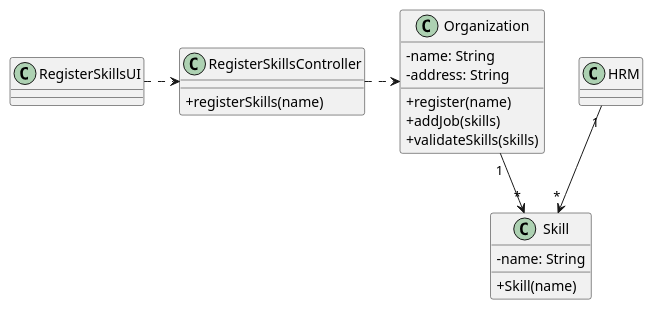
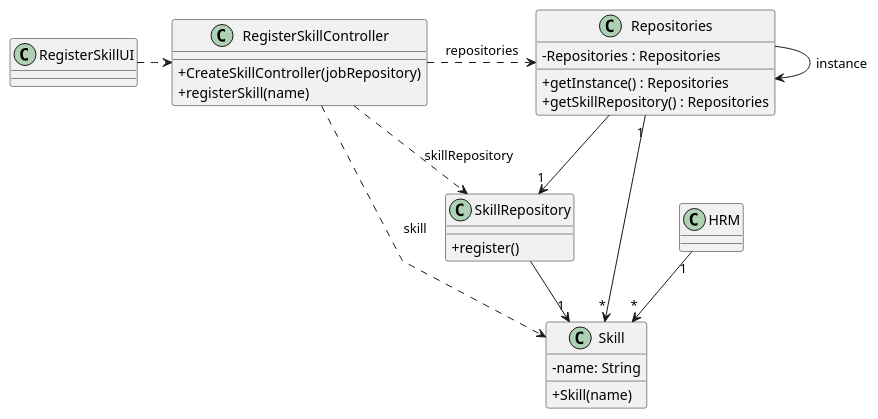
Before and after one commit to diogoveirospro/lei-24-s2-1dg-g072: the diagram in docs/sprintB/us001/03.design/puml/us001-class-diagram.puml, drawn with PlantUML. The commit also changed 1 other file, not shown here.

Commit message:
Updated US01 design diagram class

```diff
--- a/docs/sprintB/us001/03.design/puml/us001-class-diagram.puml
+++ b/docs/sprintB/us001/03.design/puml/us001-class-diagram.puml
@@ -1,43 +1,51 @@
 @startuml
 'skinparam monochrome true
 skinparam packageStyle rectangle
 skinparam shadowing false
 skinparam linetype polyline
 'skinparam linetype orto
 
 skinparam classAttributeIconSize 0
 
 'left to right direction
 
 class Skill {
     - name: String
 
     + Skill(name)
 }
 
 class HRM {
 }
 
-class Organization {
-    - name: String
-    - address: String
-
-    + register(name)
-    + addJob(skills)
-    + validateSkills(skills)
-}
-
-class RegisterSkillsUI {
+class RegisterSkillUI {
 
 }
 
-class RegisterSkillsController {
-    + registerSkills(name)
+class RegisterSkillController {
+    + CreateSkillController(jobRepository)
+    + registerSkill(name)
 }
 
+class Repositories {
+    - Repositories : Repositories
+    + getInstance() : Repositories
+    + getSkillRepository() : Repositories
+}
+
+class SkillRepository {
+    + register()
+}
+
+
 HRM "1" --> "*" Skill
-Organization "1" --> "*" Skill
-RegisterSkillsUI .> RegisterSkillsController
-RegisterSkillsController .> Organization
+Repositories "1" --> "*" Skill
+RegisterSkillUI .> RegisterSkillController
+RegisterSkillController .> Repositories : repositories
+Repositories --> Repositories : instance
+Repositories --> "1" SkillRepository
+SkillRepository --> "1" Skill
+RegisterSkillController .> SkillRepository : skillRepository
+RegisterSkillController .> Skill : skill
 
 @enduml
```
